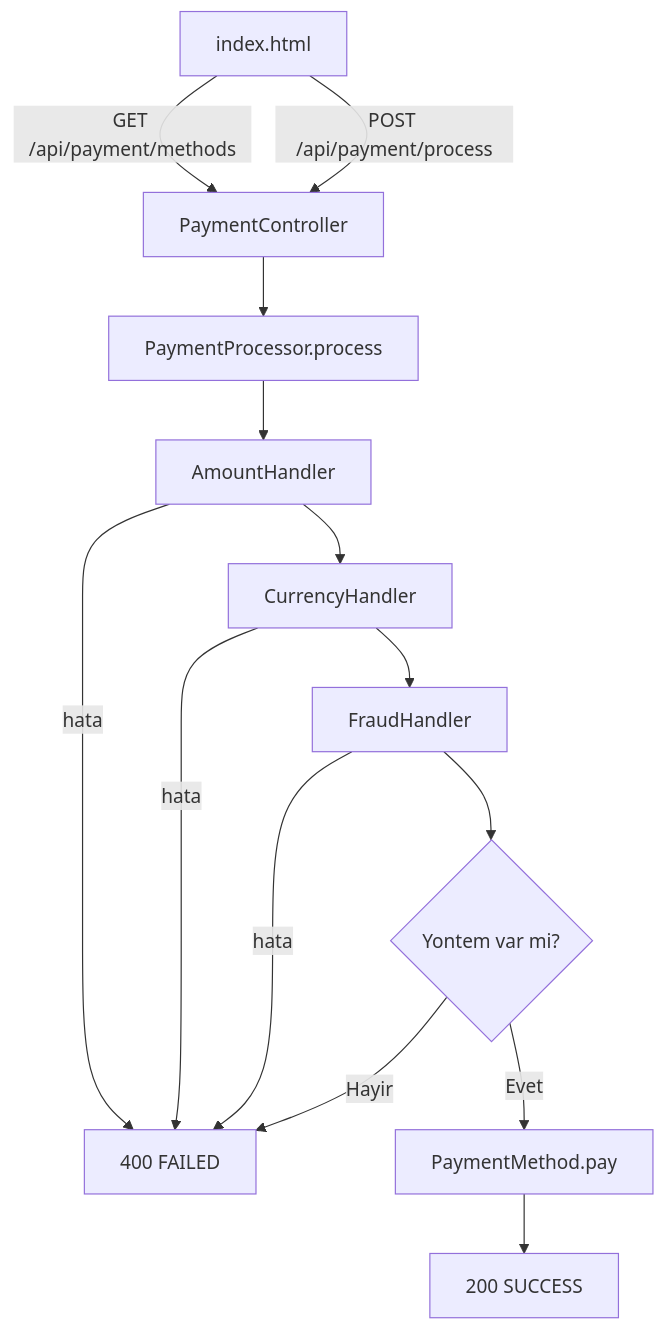
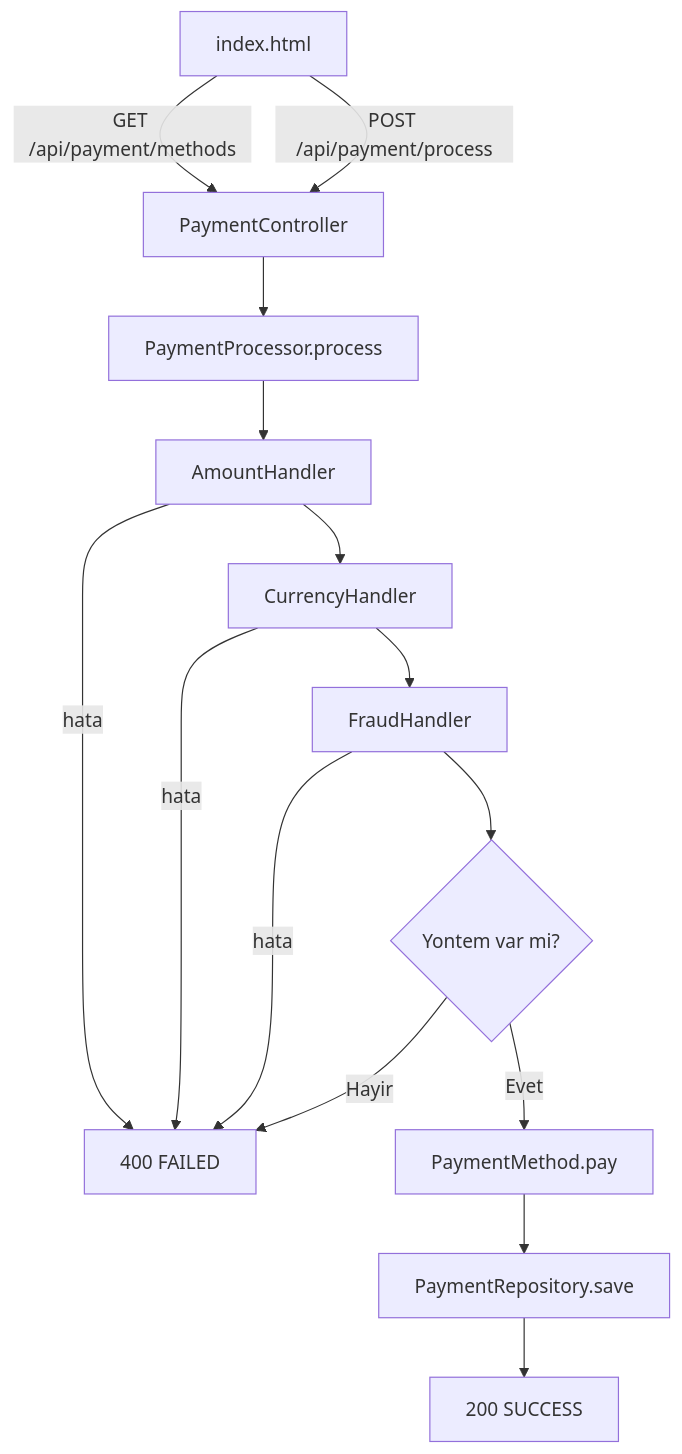
Before and after one commit to SamedBilginAlternet/n11_final: the second of 2 diagrams in README.md, drawn with Mermaid. The commit also changed other lines of this file, not shown here.

````diff
--- a/README.md
+++ b/README.md
@@ -199,16 +206,17 @@
 ```mermaid
 flowchart TD
     A[index.html] -->|GET /api/payment/methods| B[PaymentController]
     A -->|POST /api/payment/process| B
     B --> C[PaymentProcessor.process]
     C --> D[AmountHandler]
     D --> E[CurrencyHandler]
     E --> F[FraudHandler]
     D -- hata --> G[400 FAILED]
     E -- hata --> G
     F -- hata --> G
     F --> H{Yontem var mi?}
     H -- Hayir --> G
     H -- Evet --> I[PaymentMethod.pay]
-    I --> J[200 SUCCESS]
+    I --> K[PaymentRepository.save]
+    K --> J[200 SUCCESS]
 ```
````
